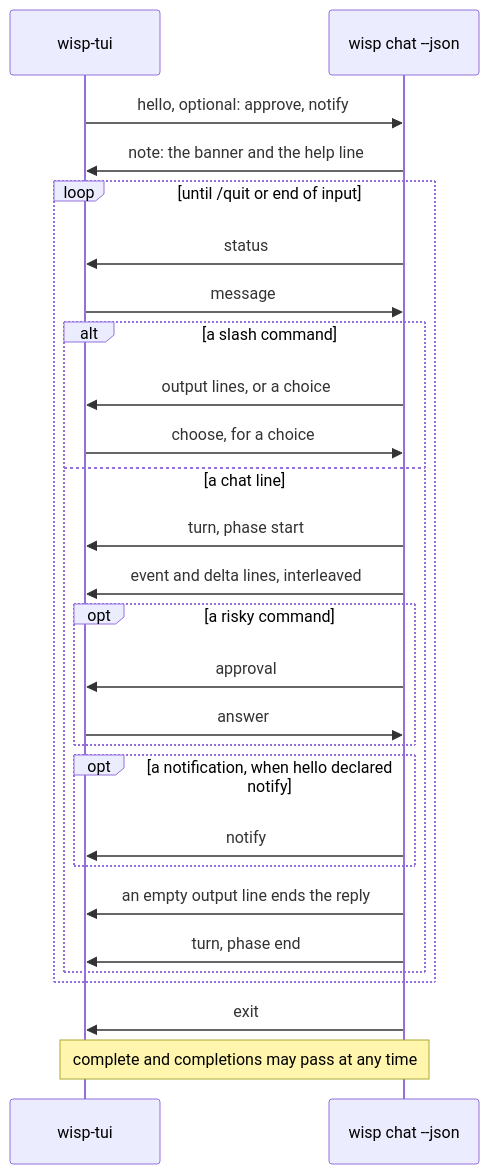
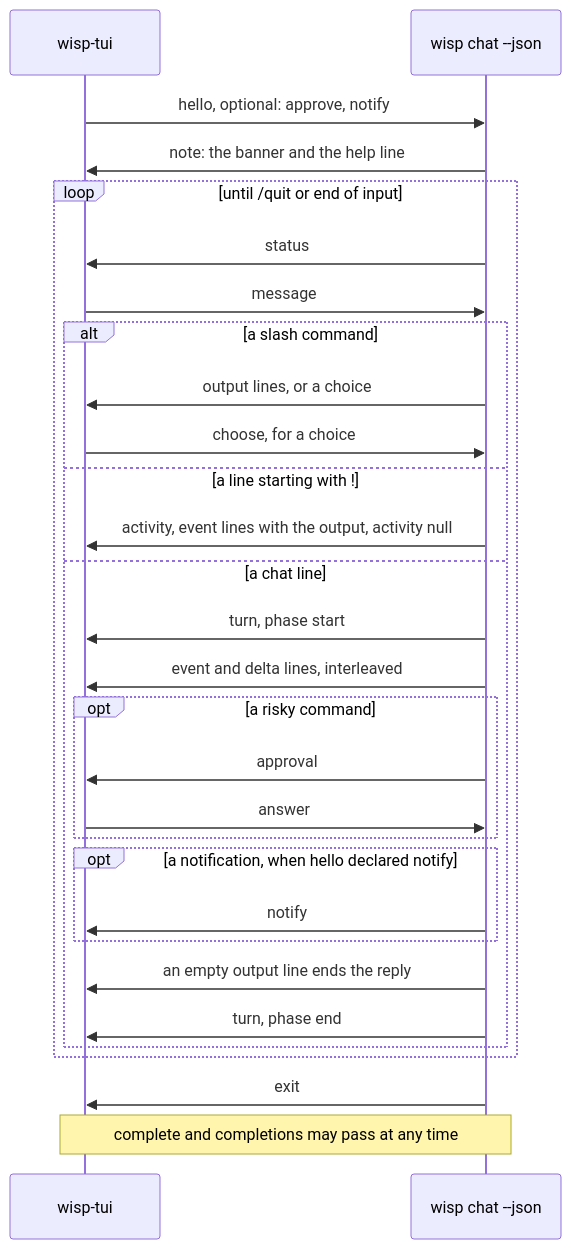
One commit to pidster/wisp changed the diagram in docs/wisp.md. Above: the diagram before and after it, drawn with Mermaid. The commit also changed other lines of this file and 31 other files, not shown here.

````diff
--- a/docs/wisp.md
+++ b/docs/wisp.md
@@ -279,29 +335,31 @@
 ```mermaid
 sequenceDiagram
     participant tui as wisp-tui
     participant wisp as wisp chat --json
     tui->>wisp: hello, optional: approve, notify
     wisp->>tui: note: the banner and the help line
     loop until /quit or end of input
         wisp->>tui: status
         tui->>wisp: message
         alt a slash command
             wisp->>tui: output lines, or a choice
             tui->>wisp: choose, for a choice
+        else a line starting with !
+            wisp->>tui: activity, event lines with the output, activity null
         else a chat line
             wisp->>tui: turn, phase start
             wisp->>tui: event and delta lines, interleaved
             opt a risky command
                 wisp->>tui: approval
                 tui->>wisp: answer
             end
             opt a notification, when hello declared notify
                 wisp->>tui: notify
             end
             wisp->>tui: an empty output line ends the reply
             wisp->>tui: turn, phase end
         end
     end
     wisp->>tui: exit
     Note over tui,wisp: complete and completions may pass at any time
 ```
````
